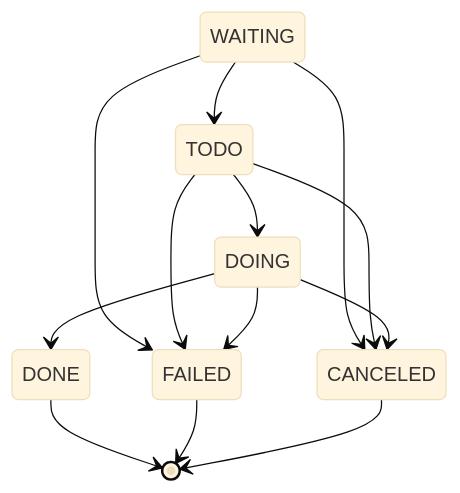
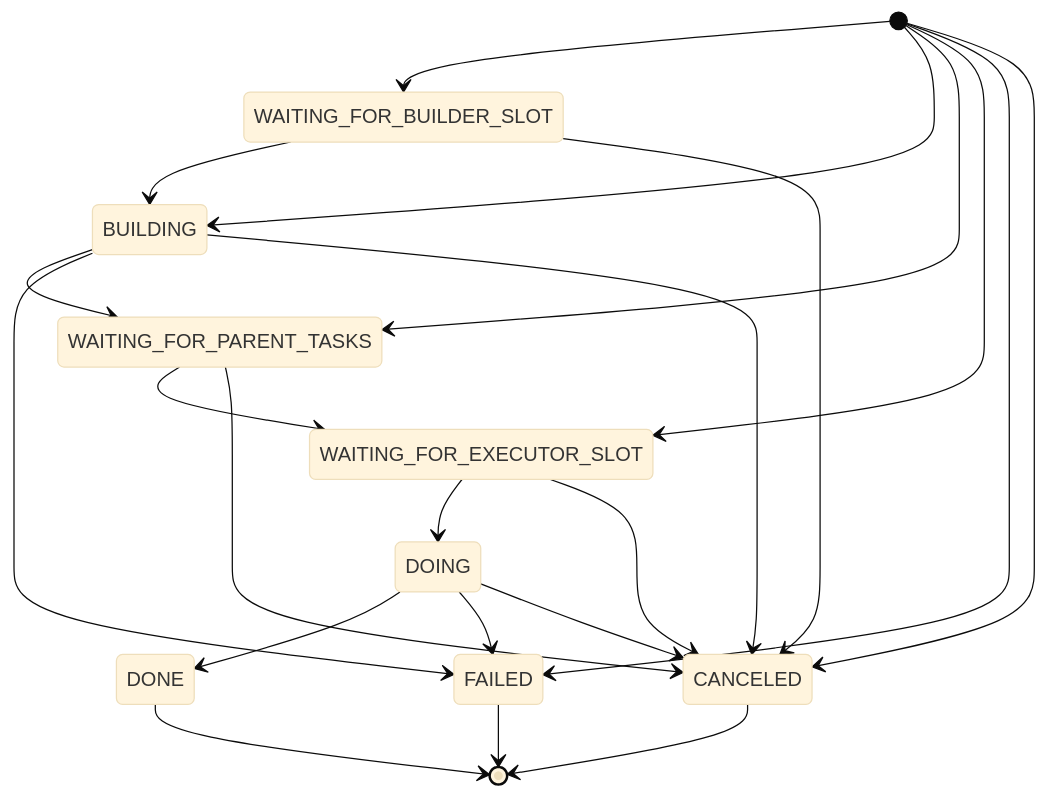
The diagram in docs/assets/schemas/computetask.state.mmd (Substra/orchestrator), drawn with Mermaid (base theme) before and after one commit. The commit also changed 2 other files, not shown here.

```diff
--- a/docs/assets/schemas/computetask.state.mmd
+++ b/docs/assets/schemas/computetask.state.mmd
@@ -1,13 +1,36 @@
 stateDiagram-v2
-    WAITING --> TODO
-    WAITING --> CANCELED
-    WAITING --> FAILED
-    TODO --> FAILED
-    TODO --> DOING
-    TODO --> CANCELED
-    DOING --> FAILED
-    DOING --> DONE
-    DOING --> CANCELED
-    DONE --> [*]
-    FAILED --> [*]
-    CANCELED --> [*]
+    waitingBuilding: WAITING_FOR_BUILDER_SLOT
+	building: BUILDING
+	waitingParent: WAITING_FOR_PARENT_TASKS
+	waitingExecutor: WAITING_FOR_EXECUTOR_SLOT
+	doing: DOING
+	canceled: CANCELED
+	failed: FAILED
+	done: DONE
+
+
+	[*] --> waitingBuilding
+	[*] --> building
+	[*] --> waitingParent
+	[*] --> waitingExecutor
+	[*] --> failed
+    [*] --> canceled
+
+	waitingBuilding --> building
+	building --> waitingParent
+	waitingParent --> waitingExecutor
+	waitingExecutor --> doing
+	doing --> done
+	done --> [*]
+
+	
+	building --> failed
+	doing --> failed
+	failed --> [*]
+	
+	waitingBuilding --> canceled
+	building --> canceled
+	waitingParent --> canceled
+	waitingExecutor --> canceled
+	doing --> canceled
+	canceled --> [*]
```
